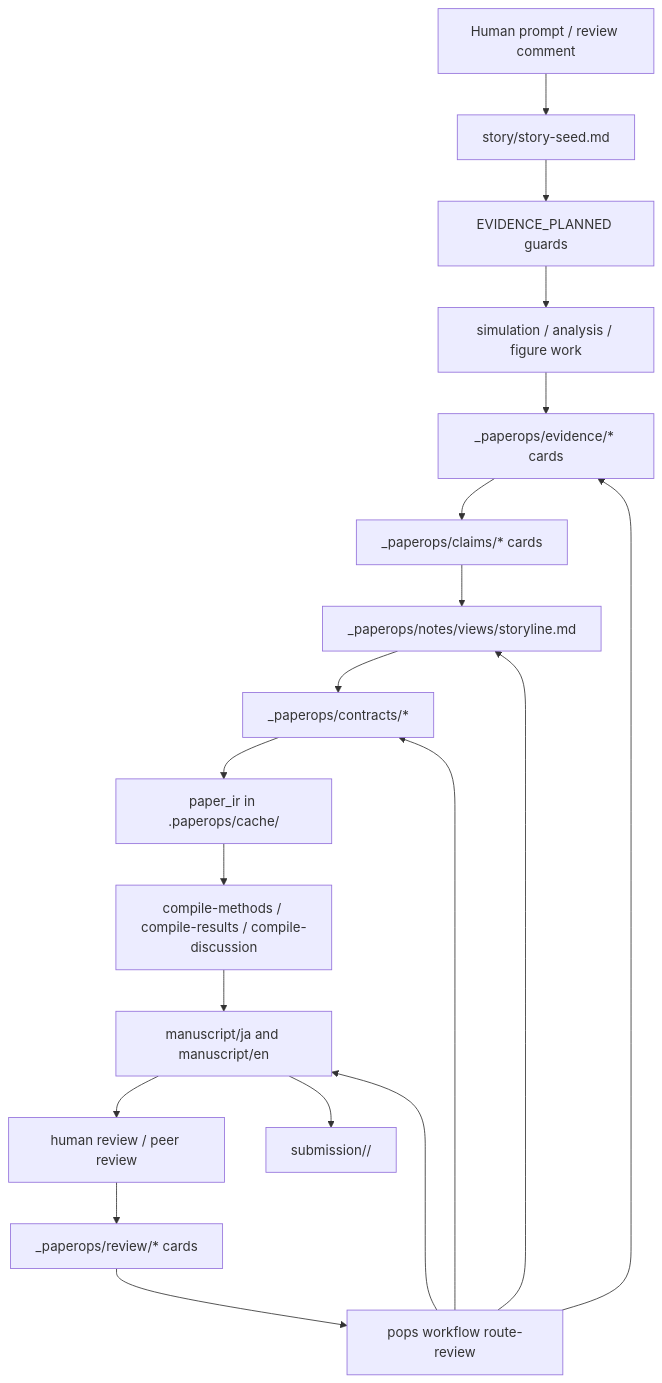
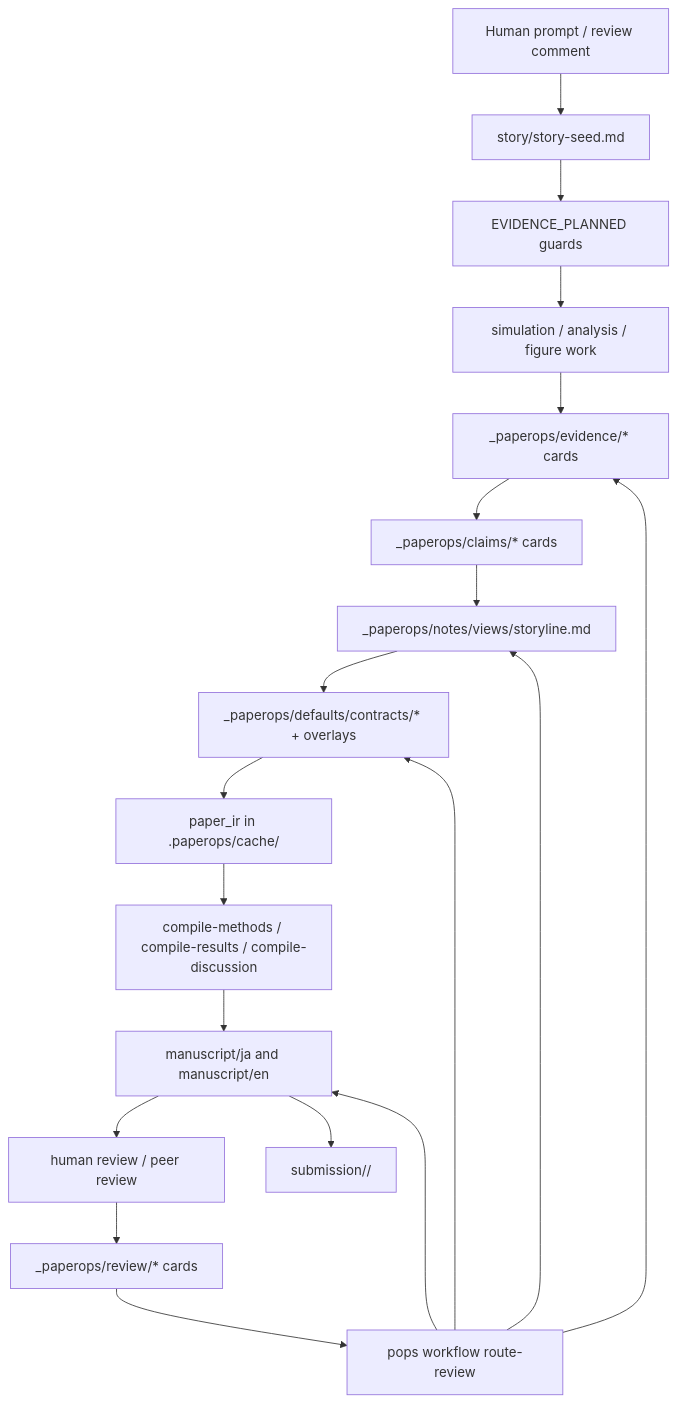
One commit to Nkzono99/paperops changed the second of 2 diagrams in docs/current-specification.md. Above: the diagram before and after it, drawn with Mermaid. The commit also changed other lines of this file and 51 other files, not shown here.

````diff
--- a/docs/current-specification.md
+++ b/docs/current-specification.md
@@ -134,21 +135,21 @@
 ```mermaid
 flowchart TD
   HumanPrompt["Human prompt / review comment"] --> StorySeed["story/story-seed.md"]
   StorySeed --> EvidencePlan["EVIDENCE_PLANNED guards"]
   EvidencePlan --> Analysis["simulation / analysis / figure work"]
   Analysis --> EvidenceCards["_paperops/evidence/* cards"]
   EvidenceCards --> ClaimCards["_paperops/claims/* cards"]
   ClaimCards --> StoryReconcile["_paperops/notes/views/storyline.md"]
-  StoryReconcile --> Contracts["_paperops/contracts/*"]
+  StoryReconcile --> Contracts["_paperops/defaults/contracts/* + overlays"]
   Contracts --> PaperIR["paper_ir in .paperops/cache/"]
   PaperIR --> SectionCompiler["compile-methods / compile-results / compile-discussion"]
   SectionCompiler --> Manuscript["manuscript/ja and manuscript/en"]
   Manuscript --> Review["human review / peer review"]
   Review --> FeedbackCards["_paperops/review/* cards"]
   FeedbackCards --> Router["pops workflow route-review"]
   Router --> EvidenceCards
   Router --> StoryReconcile
   Router --> Contracts
   Router --> Manuscript
   Manuscript --> Submission["submission/<venue>/"]
 ```
````
